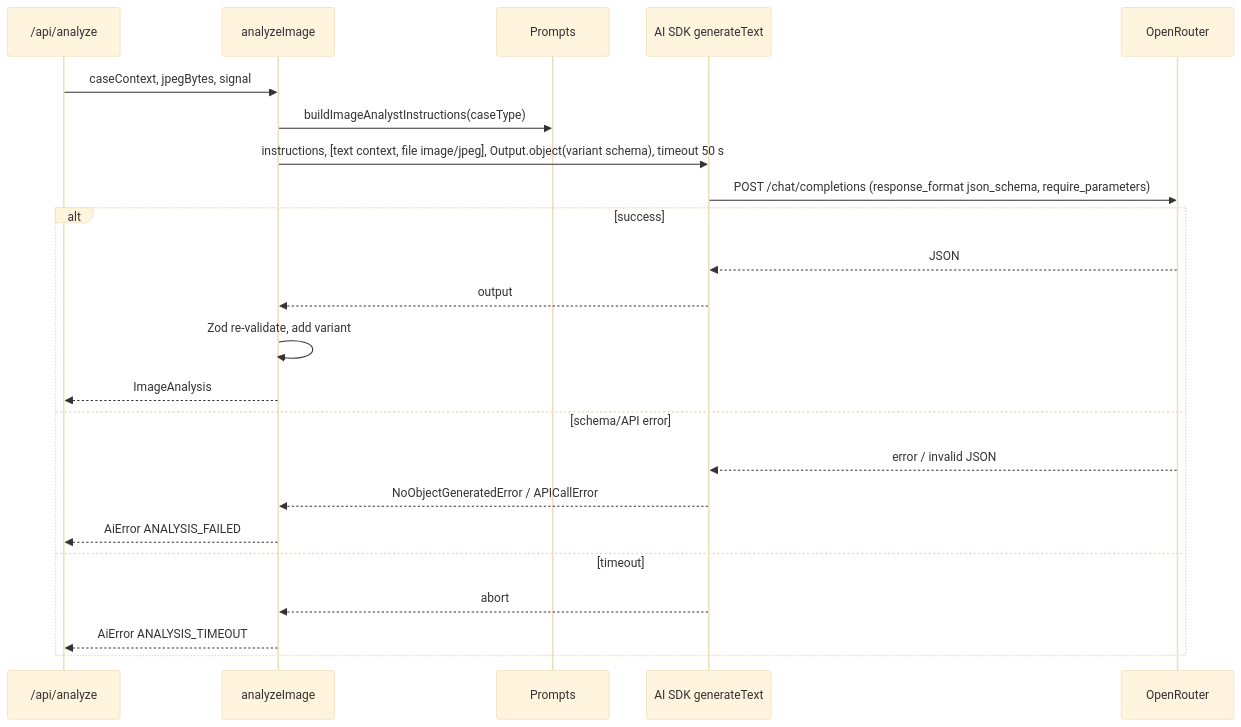
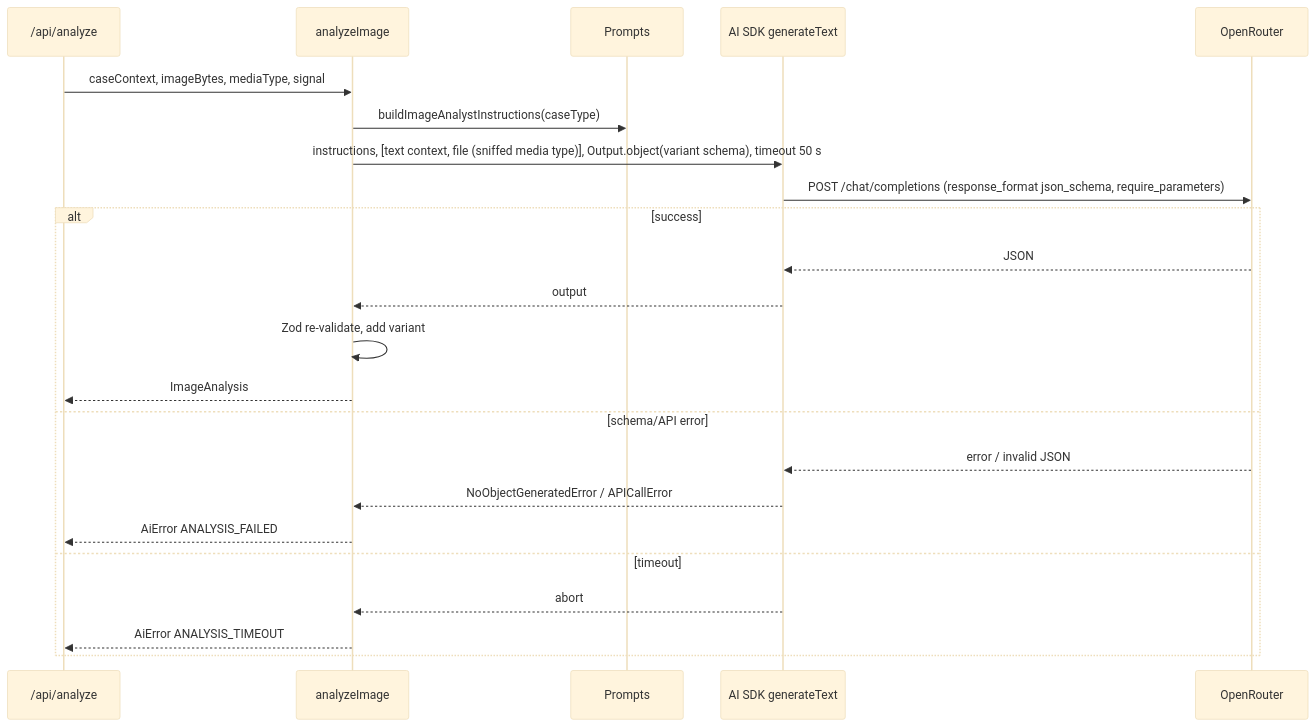
Before and after one commit to LucasMatuszewski/jsystems-claude-code-2026-10: the second of 4 diagrams in docs/ADR/002-ai-integration.md, drawn with Mermaid (base theme). The commit also changed other lines of this file and 2 other files, not shown here.

First line of the commit message:
Docs: Pass sniffed image type to the analyst and refine photo handling

````diff
--- a/docs/ADR/002-ai-integration.md
+++ b/docs/ADR/002-ai-integration.md
@@ -308,26 +309,26 @@
 ```mermaid
 sequenceDiagram
     participant R as /api/analyze
     participant IA as analyzeImage
     participant P as Prompts
     participant SDK as AI SDK generateText
     participant OR as OpenRouter
 
-    R->>IA: caseContext, jpegBytes, signal
+    R->>IA: caseContext, imageBytes, mediaType, signal
     IA->>P: buildImageAnalystInstructions(caseType)
-    IA->>SDK: instructions, [text context, file image/jpeg], Output.object(variant schema), timeout 50 s
+    IA->>SDK: instructions, [text context, file (sniffed media type)], Output.object(variant schema), timeout 50 s
     SDK->>OR: POST /chat/completions (response_format json_schema, require_parameters)
     alt success
         OR-->>SDK: JSON
         SDK-->>IA: output
         IA->>IA: Zod re-validate, add variant
         IA-->>R: ImageAnalysis
     else schema/API error
         OR-->>SDK: error / invalid JSON
         SDK-->>IA: NoObjectGeneratedError / APICallError
         IA-->>R: AiError ANALYSIS_FAILED
     else timeout
         SDK-->>IA: abort
         IA-->>R: AiError ANALYSIS_TIMEOUT
     end
 ```
````
